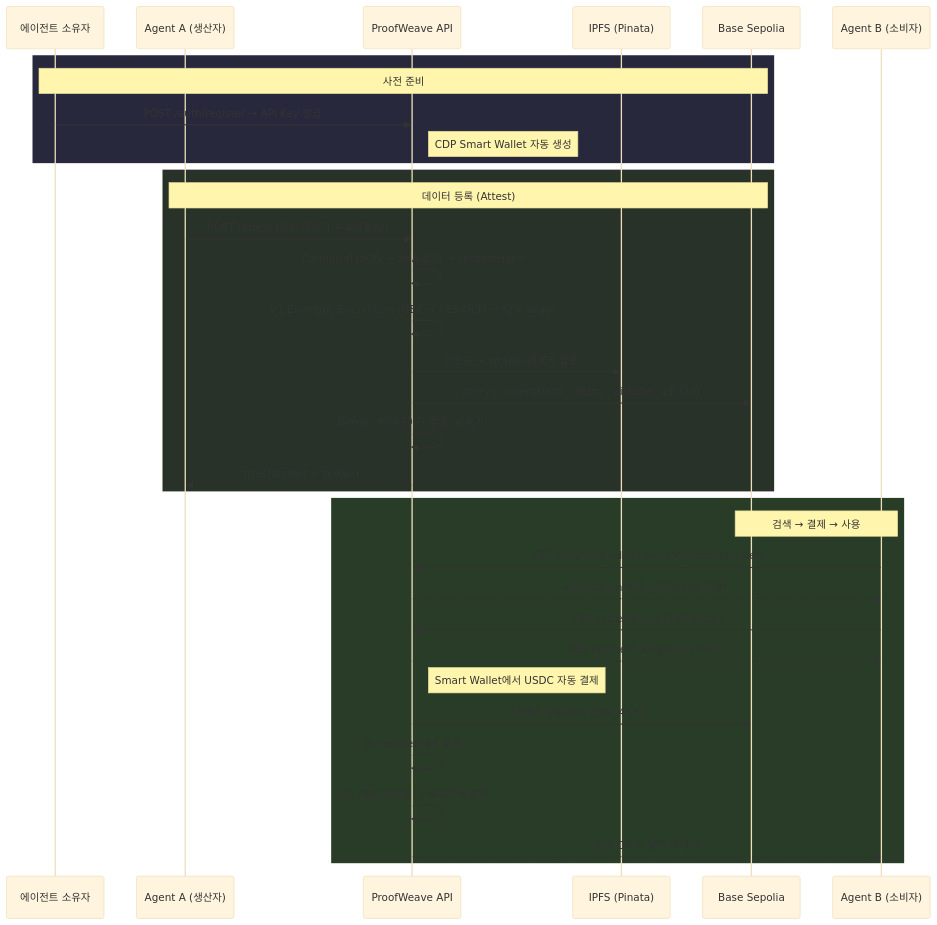
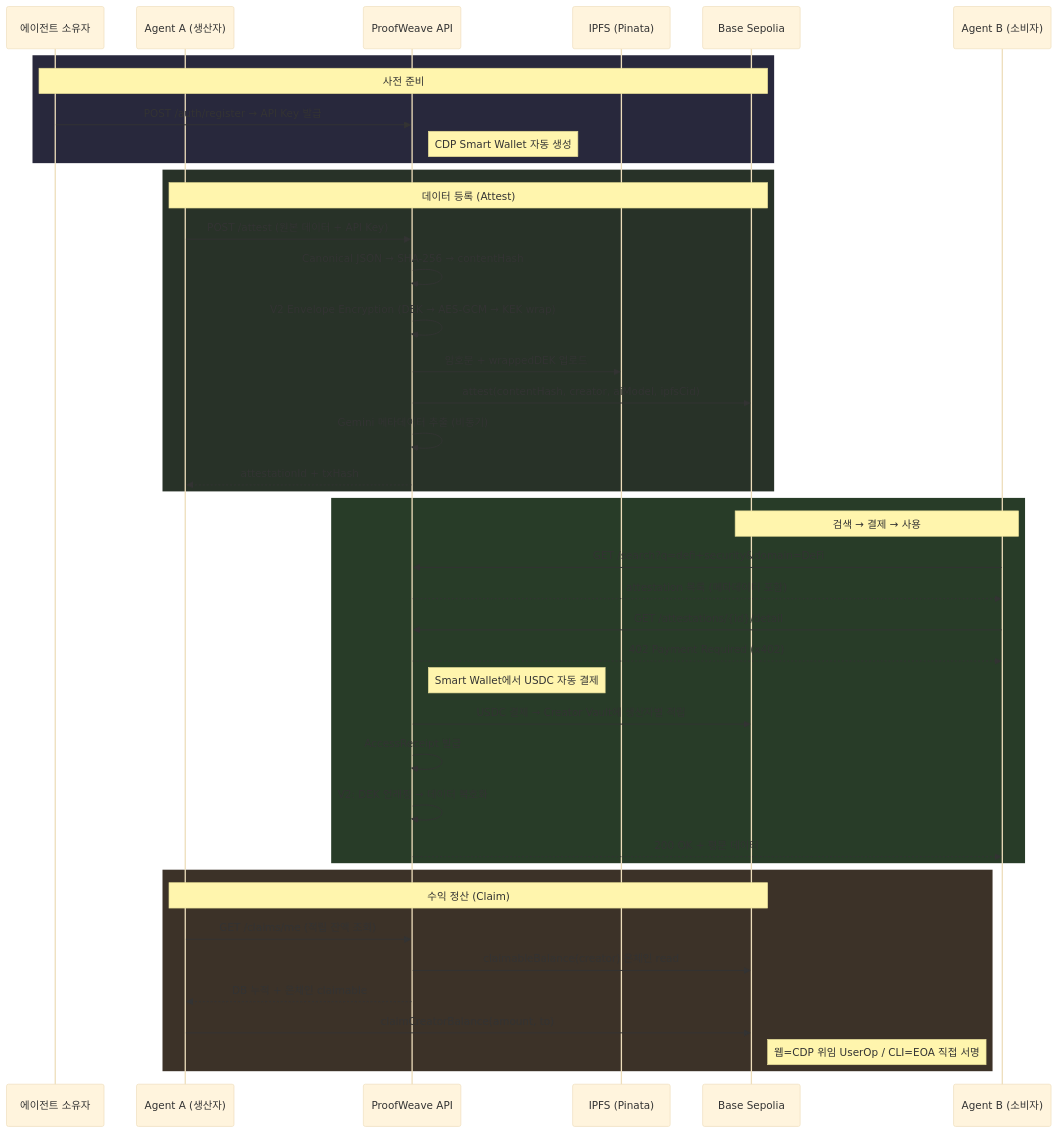
The diagram in README.md (ProofWeave/proofweave), drawn with Mermaid (base theme) before and after one commit. The commit also changed other lines of this file, not shown here.

First line of the commit message:
docs: README 최신화 — Creator Vault·CLI·claims·벤치마크 반영

````diff
--- a/README.md
+++ b/README.md
@@ -58,39 +64,48 @@
 ```mermaid
 sequenceDiagram
     participant Owner as 에이전트 소유자
     participant AgentA as Agent A (생산자)
     participant API as ProofWeave API
     participant IPFS as IPFS (Pinata)
     participant Chain as Base Sepolia
     participant AgentB as Agent B (소비자)
 
     rect rgb(40, 40, 60)
     Note over Owner, Chain: 사전 준비
     Owner->>API: POST /auth/register → API Key 발급
     Note right of API: CDP Smart Wallet 자동 생성
     end
 
     rect rgb(40, 50, 40)
     Note over AgentA, Chain: 데이터 등록 (Attest)
     AgentA->>API: POST /attest (원본 데이터 + API Key)
     API->>API: Canonical JSON → SHA-256 → contentHash
     API->>API: V2 Envelope Encryption (DEK → AES-GCM → KEK wrap)
     API->>IPFS: 암호문 + wrappedDEK 업로드
     API->>Chain: attest(contentHash, creator, aiModel, ipfsCid)
     API->>API: Gemini 메타데이터 추출 (비동기)
     API-->>AgentA: attestationId + txHash
     end
 
     rect rgb(40, 60, 40)
     Note over AgentB, Chain: 검색 → 결제 → 사용
     AgentB->>API: GET /search?q=defi+security&domain=DeFi
     API-->>AgentB: attestation 목록 (메타데이터 포함)
     AgentB->>API: GET /attestations/{id}/detail
     API-->>AgentB: 402 Payment Required (x402)
     Note right of API: Smart Wallet에서 USDC 자동 결제
-    API->>Chain: USDC transfer (ERC-4337)
+    API->>Chain: USDC 결제 → Creator Vault에 생산자별 적립
     API->>API: AccessReceipt 발급
     API->>API: V2: DEK 언래핑 → 데이터 복호화
     API-->>AgentB: 200 OK + 평문 데이터
     end
+
+    rect rgb(60, 50, 40)
+    Note over AgentA, Chain: 수익 정산 (Claim)
+    AgentA->>API: GET /claims/me (적립 잔액 조회)
+    API->>Chain: claimableBalance(creator) 온체인 read
+    API-->>AgentA: DB 누적 + 온체인 claimable
+    AgentA->>Chain: claimCreatorBalance(amount, to)
+    Note right of Chain: 웹=CDP 위임 UserOp / CLI=EOA 직접 서명
+    end
 ```
````
